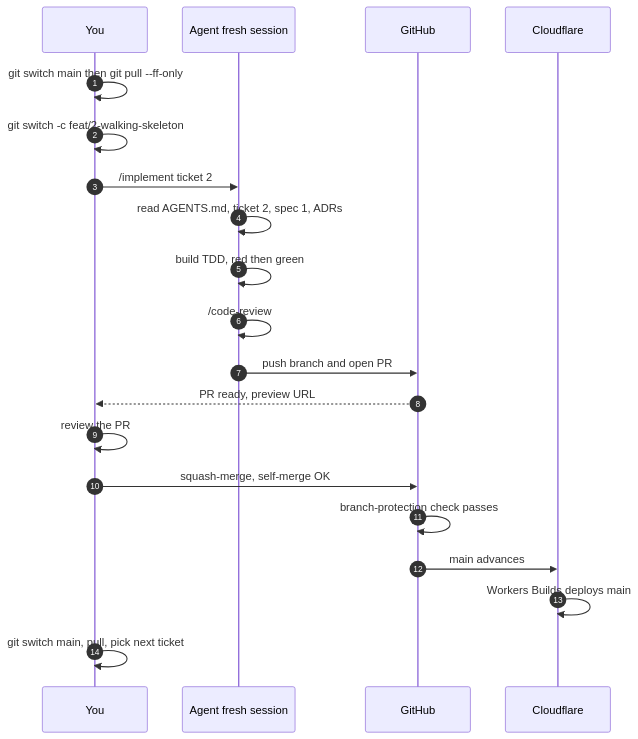
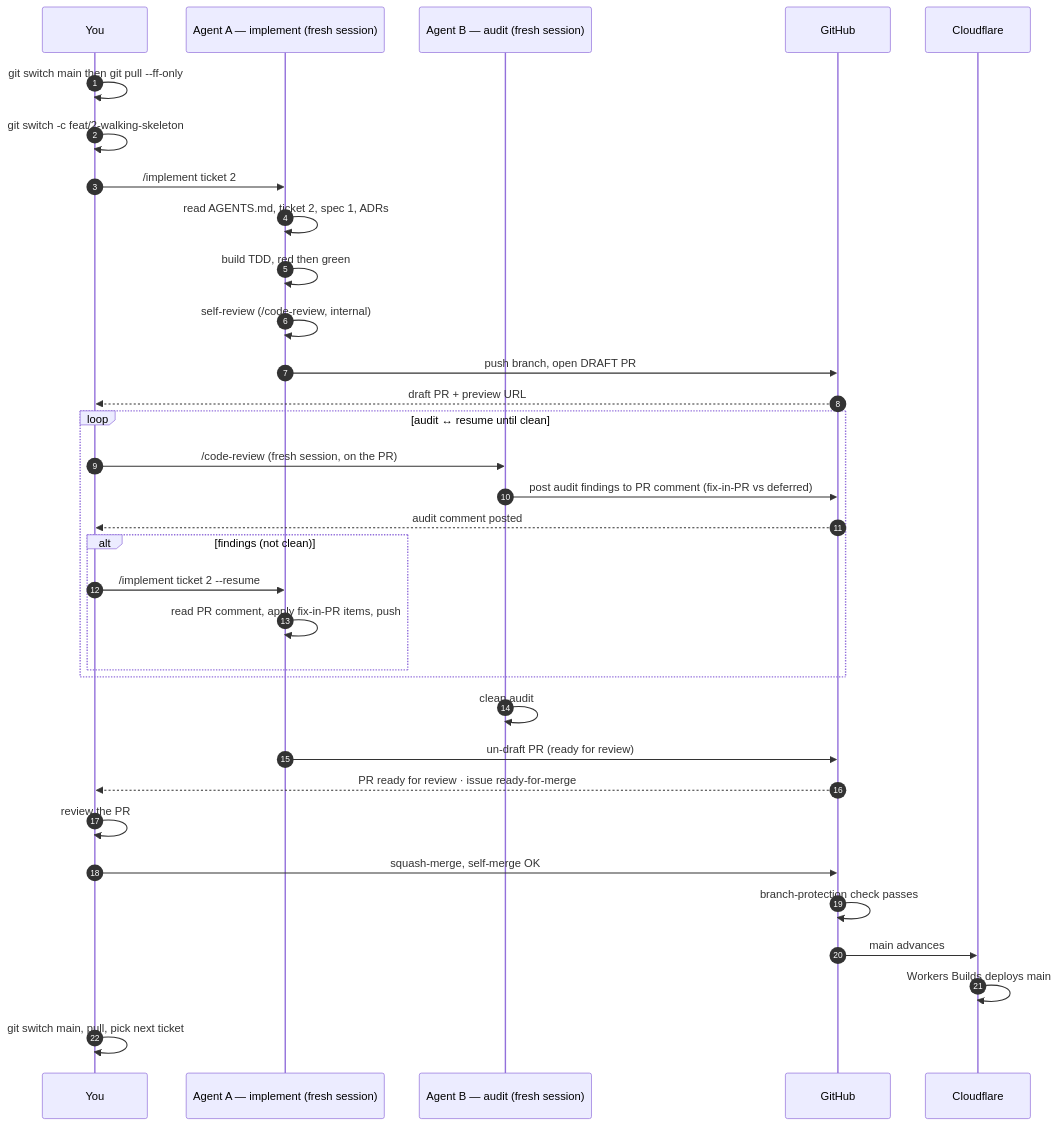
The second of 2 diagrams in README.md (tediscript/wordflare), drawn with Mermaid before and after one commit. The commit also changed other lines of this file and 1 other file, not shown here.

First line of the commit message:
docs: document the /code-review maker-checker loop (#12)

````diff
--- a/README.md
+++ b/README.md
@@ -35,23 +39,36 @@
 ```mermaid
 sequenceDiagram
   autonumber
   participant You
-  participant Agent as Agent fresh session
+  participant A as Agent A — implement (fresh session)
+  participant B as Agent B — audit (fresh session)
   participant GH as GitHub
   participant CF as Cloudflare
 
   You->>You: git switch main then git pull --ff-only
   You->>You: git switch -c feat/2-walking-skeleton
-  You->>Agent: /implement ticket 2
-  Agent->>Agent: read AGENTS.md, ticket 2, spec 1, ADRs
-  Agent->>Agent: build TDD, red then green
-  Agent->>Agent: /code-review
-  Agent->>GH: push branch and open PR
-  GH-->>You: PR ready, preview URL
+  You->>A: /implement ticket 2
+  A->>A: read AGENTS.md, ticket 2, spec 1, ADRs
+  A->>A: build TDD, red then green
+  A->>A: self-review (/code-review, internal)
+  A->>GH: push branch, open DRAFT PR
+  GH-->>You: draft PR + preview URL
+  loop audit ↔ resume until clean
+    You->>B: /code-review (fresh session, on the PR)
+    B->>GH: post audit findings to PR comment (fix-in-PR vs deferred)
+    GH-->>You: audit comment posted
+    alt findings (not clean)
+      You->>A: /implement ticket 2 --resume
+      A->>A: read PR comment, apply fix-in-PR items, push
+    end
+  end
+  B->>B: clean audit
+  A->>GH: un-draft PR (ready for review)
+  GH-->>You: PR ready for review · issue ready-for-merge
   You->>You: review the PR
   You->>GH: squash-merge, self-merge OK
   GH->>GH: branch-protection check passes
   GH->>CF: main advances
   CF->>CF: Workers Builds deploys main
   You->>You: git switch main, pull, pick next ticket
 ```
````
